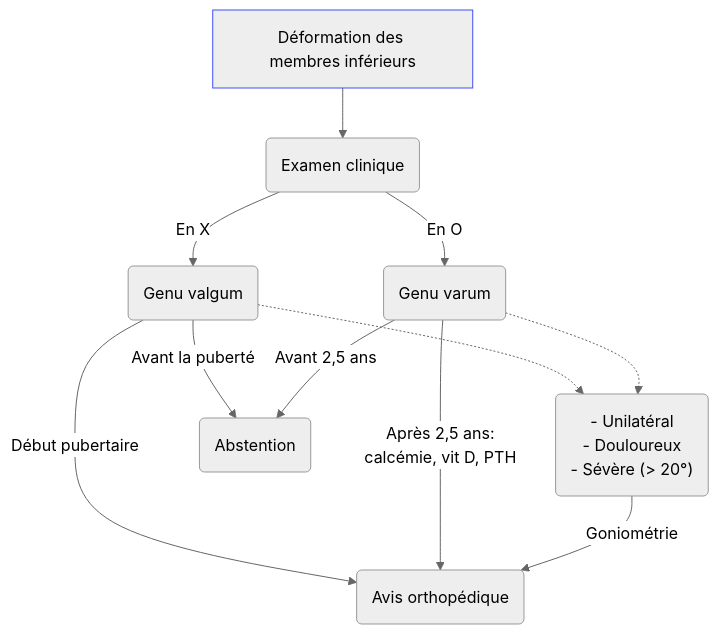
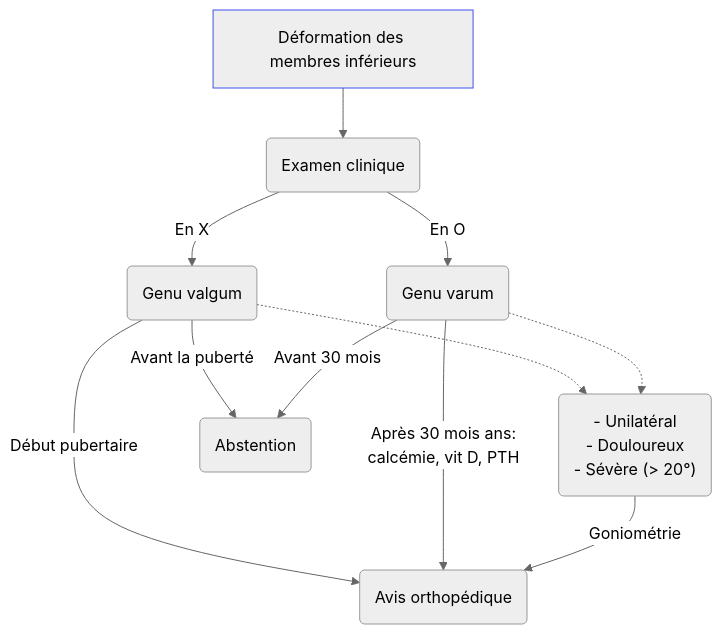
The diagram in content/recommandations/genu-varum-valgum.md (djibe/recommandations-medicales), drawn with Mermaid (neutral theme) before and after one commit. The commit also changed 3 other files, not shown here.

```diff
--- a/content/recommandations/genu-varum-valgum.md
+++ b/content/recommandations/genu-varum-valgum.md
@@ -116,11 +116,11 @@
 {{< mermaid title="Prise en charge de la déformation des membres inférieurs (genu varum et valgum). Dr JB Fron d'après SOFOP et CFCOT" >}}
 graph TB
   clinique[Déformation des membres inférieurs] --> examen(Examen clinique) -- En O --> varum(Genu varum) -.-> suspect("- Unilatéral<br>- Douloureux<br>- Sévère (&gt; 20°)") -- Goniométrie --> avis(Avis orthopédique)
-      varum -- Avant 2,5 ans --> abstention(Abstention)
-      varum -- "Après 2,5 ans:<br> calcémie, vit D, PTH" --> avis
+      varum -- Avant 30 mois --> abstention(Abstention)
+      varum -- "Après 30 mois ans:<br> calcémie, vit D, PTH" --> avis
     examen -- En X --> valgum(Genu valgum)
       valgum -.-> suspect
       valgum -- Avant la puberté --> abstention
       valgum -- Début pubertaire --> avis
   style clinique stroke:#4150f5, stroke-width:1px
 {{< /mermaid >}}
```
